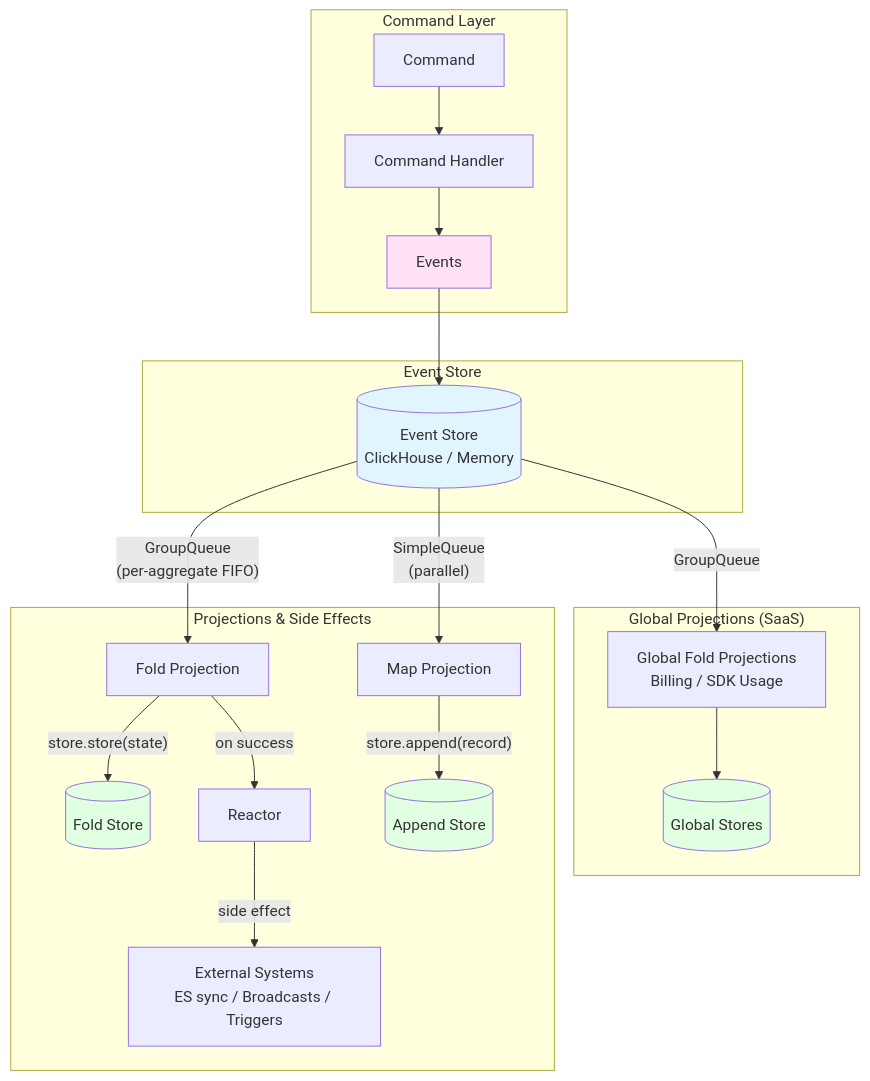
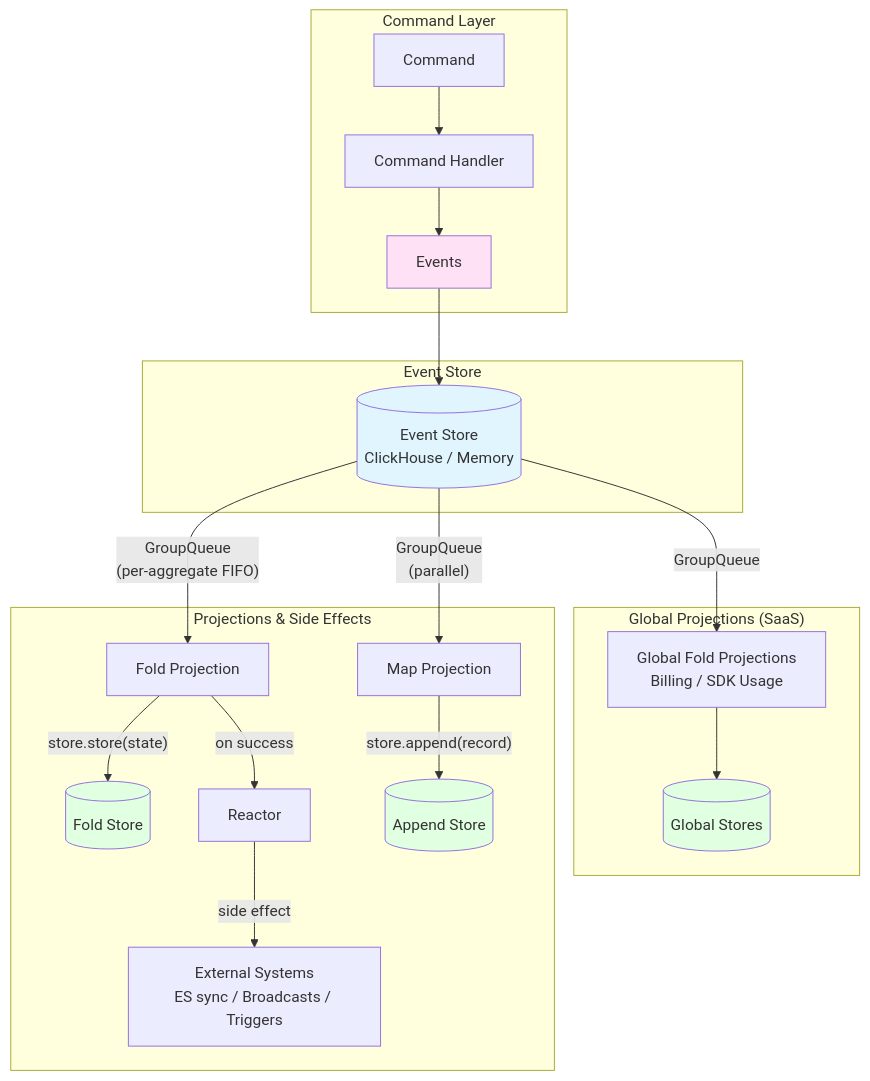
The diagram in langwatch/src/server/event-sourcing/ARCHITECTURE.md (langwatch/langwatch), drawn with Mermaid before and after one commit. The commit also changed other lines of this file and 1 other file, not shown here.

First line of the commit message:
docs(event-sourcing): update architecture and readme for global queue

````diff
--- a/langwatch/src/server/event-sourcing/ARCHITECTURE.md
+++ b/langwatch/src/server/event-sourcing/ARCHITECTURE.md
@@ -84,31 +84,31 @@
 ```mermaid
 graph TB
     subgraph "Command Layer"
         CMD[Command] --> CH[Command Handler]
         CH --> EVT[Events]
     end
 
     subgraph "Event Store"
         EVT --> ES[(Event Store<br/>ClickHouse / Memory)]
     end
 
     subgraph "Projections & Side Effects"
         ES --> |"GroupQueue<br/>(per-aggregate FIFO)"| FP[Fold Projection]
-        ES --> |"SimpleQueue<br/>(parallel)"| MP[Map Projection]
+        ES --> |"GroupQueue<br/>(parallel)"| MP[Map Projection]
         FP --> |"store.store(state)"| FS[(Fold Store)]
         MP --> |"store.append(record)"| AS[(Append Store)]
         FP --> |"on success"| R[Reactor]
         R --> |"side effect"| EXT[External Systems<br/>ES sync / Broadcasts / Triggers]
     end
 
     subgraph "Global Projections (SaaS)"
         ES --> |"GroupQueue"| GP[Global Fold Projections<br/>Billing / SDK Usage]
         GP --> GPS[(Global Stores)]
     end
 
     style ES fill:#e1f5ff
     style FS fill:#e1ffe1
     style AS fill:#e1ffe1
     style GPS fill:#e1ffe1
     style EVT fill:#ffe1f5
 ```
````
